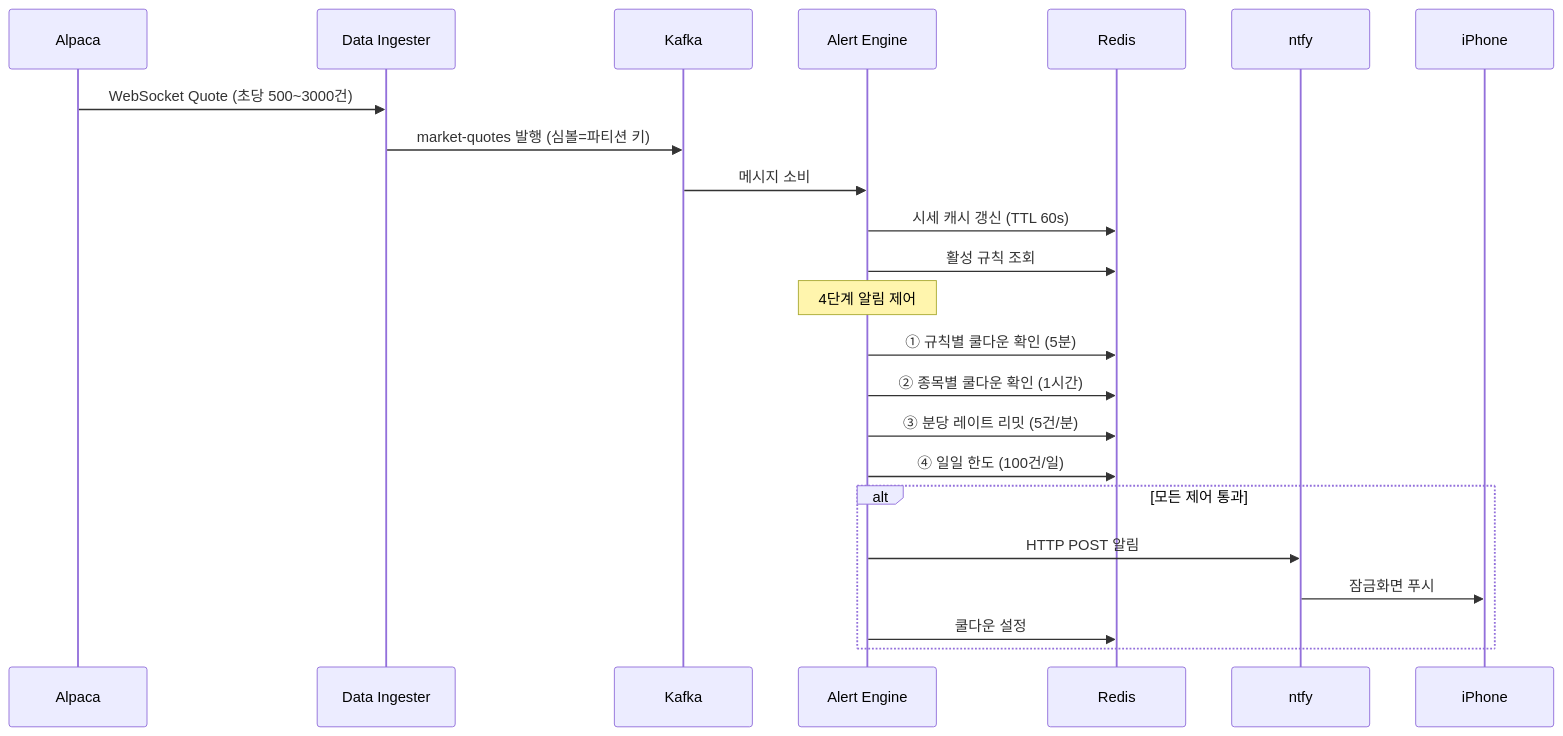
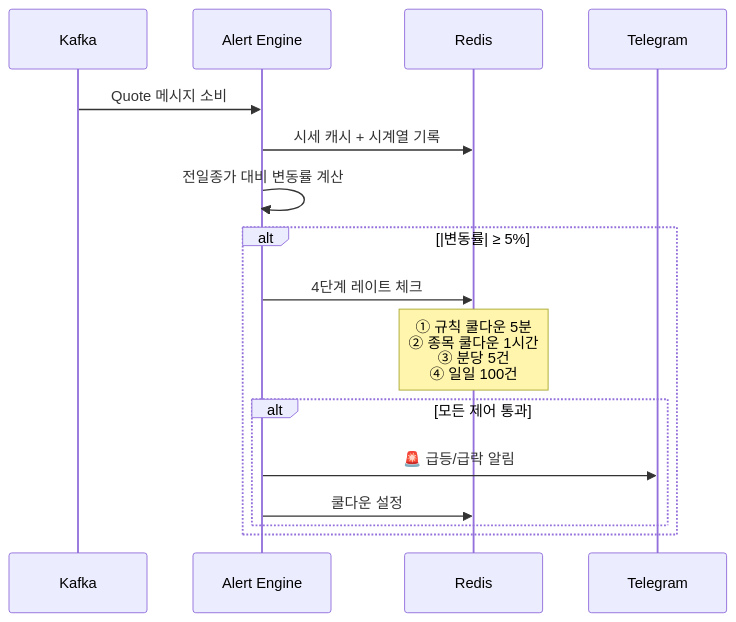
The third of 3 diagrams in README.md (jaemanc/alpaca_api), drawn with Mermaid before and after one commit. The commit also changed other lines of this file, not shown here.

Commit message:
docs: README 전면 갱신 — 텔레그램 봇 구조, 자연어 조회, 시계열

````diff
--- a/README.md
+++ b/README.md
@@ -19,28 +69,20 @@
 ```mermaid
 sequenceDiagram
-    participant Alpaca
-    participant Ingester as Data Ingester
     participant Kafka
     participant Engine as Alert Engine
     participant Redis
-    participant ntfy
-    participant Phone as iPhone
+    participant TG as Telegram
 
-    Alpaca->>Ingester: WebSocket Quote (초당 500~3000건)
-    Ingester->>Kafka: market-quotes 발행 (심볼=파티션 키)
-    Kafka->>Engine: 메시지 소비
-    Engine->>Redis: 시세 캐시 갱신 (TTL 60s)
-    Engine->>Redis: 활성 규칙 조회
+    Kafka->>Engine: Quote 메시지 소비
+    Engine->>Redis: 시세 캐시 + 시계열 기록
+    Engine->>Engine: 전일종가 대비 변동률 계산
     
-    Note over Engine: 4단계 알림 제어
-    Engine->>Redis: ① 규칙별 쿨다운 확인 (5분)
-    Engine->>Redis: ② 종목별 쿨다운 확인 (1시간)
-    Engine->>Redis: ③ 분당 레이트 리밋 (5건/분)
-    Engine->>Redis: ④ 일일 한도 (100건/일)
-
-    alt 모든 제어 통과
-        Engine->>ntfy: HTTP POST 알림
-        ntfy->>Phone: 잠금화면 푸시
-        Engine->>Redis: 쿨다운 설정
+    alt |변동률| ≥ 5%
+        Engine->>Redis: 4단계 레이트 체크
+        Note over Redis: ① 규칙 쿨다운 5분<br/>② 종목 쿨다운 1시간<br/>③ 분당 5건<br/>④ 일일 100건
+        alt 모든 제어 통과
+            Engine->>TG: 🚨 급등/급락 알림
+            Engine->>Redis: 쿨다운 설정
+        end
     end
 ```
````
